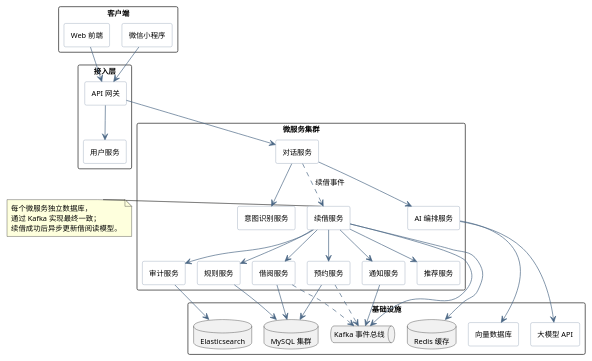
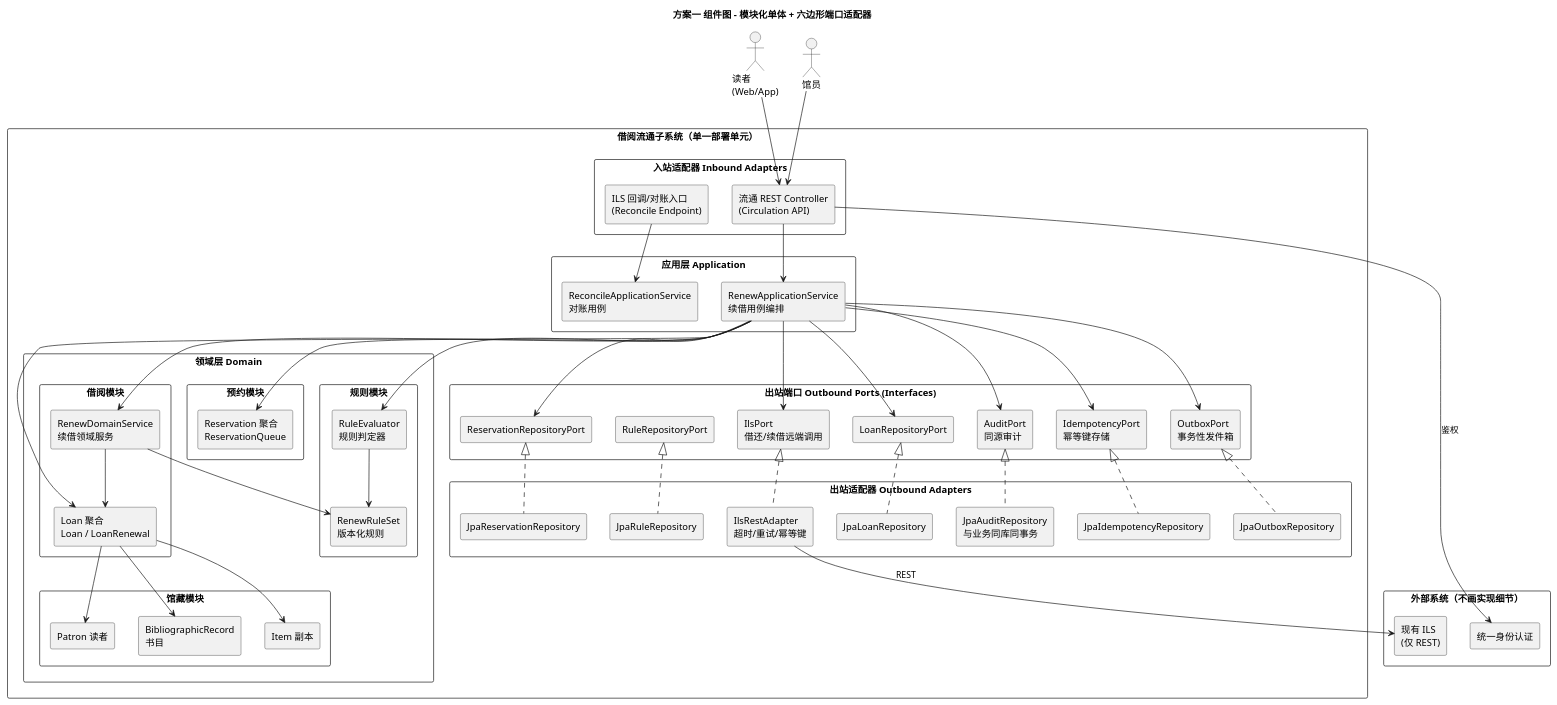
One commit to Longqc666/OOProject changed the diagram in 实验二/puml/12_AI_arch_A_raw.puml. Above: the diagram before and after it, drawn with PlantUML. The commit also changed 6 other files, not shown here.

Commit message:
实验二 活动3：替换为 DeepSeek 网页版真实输出（方案一/方案二/关键类图）

```diff
--- a/实验二/puml/12_AI_arch_A_raw.puml
+++ b/实验二/puml/12_AI_arch_A_raw.puml
@@ -1,76 +1,101 @@
 @startuml
-!pragma layout smetana
-skinparam defaultFontName "Microsoft YaHei"
-skinparam defaultFontSize 11
-skinparam shadowing false
+title 方案一 组件图 - 模块化单体 + 六边形端口适配器
+
 skinparam componentStyle rectangle
-skinparam component {
-  BackgroundColor #FFFFFF
-  BorderColor #7C8FA6
-  ArrowColor #4A6785
-}
 skinparam packageStyle rectangle
 
-package "客户端" {
-  [Web 前端] as Web
-  [微信小程序] as MP
+actor "读者\n(Web/App)" as Reader
+actor "馆员" as Librarian
+
+package "借阅流通子系统（单一部署单元）" {
+
+  package "入站适配器 Inbound Adapters" {
+    [流通 REST Controller\n(Circulation API)] as InCtrl
+    [ILS 回调/对账入口\n(Reconcile Endpoint)] as RecCtrl
+  }
+
+  package "应用层 Application" {
+    [RenewApplicationService\n续借用例编排] as AppSvc
+    [ReconcileApplicationService\n对账用例] as RecSvc
+  }
+
+  package "领域层 Domain" {
+    package "借阅模块" {
+      [Loan 聚合\nLoan / LoanRenewal] as LoanAgg
+      [RenewDomainService\n续借领域服务] as RenewDS
+    }
+    package "预约模块" {
+      [Reservation 聚合\nReservationQueue] as ResvAgg
+    }
+    package "规则模块" {
+      [RenewRuleSet\n版本化规则] as RuleSet
+      [RuleEvaluator\n规则判定器] as RuleEval
+    }
+    package "馆藏模块" {
+      [BibliographicRecord\n书目] as Bib
+      [Item 副本] as Item
+      [Patron 读者] as Patron
+    }
+  }
+
+  package "出站端口 Outbound Ports (Interfaces)" {
+    [IlsPort\n借还/续借远端调用] as IlsPort
+    [LoanRepositoryPort] as LoanRepoPort
+    [ReservationRepositoryPort] as ResvRepoPort
+    [RuleRepositoryPort] as RuleRepoPort
+    [AuditPort\n同源审计] as AuditPort
+    [IdempotencyPort\n幂等键存储] as IdemPort
+    [OutboxPort\n事务性发件箱] as OutboxPort
+  }
+
+  package "出站适配器 Outbound Adapters" {
+    [IlsRestAdapter\n超时/重试/幂等键] as IlsAdapter
+    [JpaLoanRepository] as LoanRepo
+    [JpaReservationRepository] as ResvRepo
+    [JpaRuleRepository] as RuleRepo
+    [JpaAuditRepository\n与业务同库同事务] as AuditRepo
+    [JpaIdempotencyRepository] as IdemRepo
+    [JpaOutboxRepository] as OutboxRepo
+  }
 }
 
-package "接入层" {
-  [API 网关] as GW
-  [用户服务] as User
+package "外部系统（不画实现细节）" {
+  [现有 ILS\n(仅 REST)] as ILS
+  [统一身份认证] as SSO
 }
 
-package "微服务集群" {
-  [对话服务] as Chat
-  [意图识别服务] as NLU
-  [AI 编排服务] as AI
-  [续借服务] as Renew
-  [借阅服务] as Loan
-  [预约服务] as Res
-  [规则服务] as Rule
-  [审计服务] as Audit
-  [通知服务] as Notify
-  [推荐服务] as Rec
-}
+Reader --> InCtrl
+Librarian --> InCtrl
+InCtrl --> AppSvc
+RecCtrl --> RecSvc
 
-package "基础设施" {
-  queue "Kafka 事件总线" as MQ
-  database "MySQL 集群" as DB
-  database "Redis 缓存" as Cache
-  database "Elasticsearch" as ES
-  [向量数据库] as Vector
-  [大模型 API] as LLM
-}
+AppSvc --> RenewDS
+AppSvc --> RuleEval
+AppSvc --> LoanAgg
+AppSvc --> ResvAgg
+AppSvc --> IlsPort
+AppSvc --> LoanRepoPort
+AppSvc --> ResvRepoPort
+AppSvc --> AuditPort
+AppSvc --> IdemPort
+AppSvc --> OutboxPort
 
-Web --> GW
-MP --> GW
-GW --> User
-GW --> Chat
-Chat --> NLU
-Chat --> AI
-AI --> LLM
-AI --> Vector
-Chat ..> Renew : 续借事件
-Renew --> Rule
-Renew --> Loan
-Renew --> Res
-Renew --> Audit
-Renew --> Notify
-Renew --> Rec
-Loan --> DB
-Res --> DB
-Rule --> DB
-Renew --> Cache
-Renew --> MQ
-Audit --> ES
-Notify --> MQ
-Loan ..> MQ
-Res ..> MQ
+RenewDS --> RuleSet
+RenewDS --> LoanAgg
+RuleEval --> RuleSet
 
-note right of Renew
-  每个微服务独立数据库，
-  通过 Kafka 实现最终一致；
-  续借成功后异步更新借阅读模型。
-end note
+LoanAgg --> Bib
+LoanAgg --> Item
+LoanAgg --> Patron
+
+IlsPort <|.. IlsAdapter
+LoanRepoPort <|.. LoanRepo
+ResvRepoPort <|.. ResvRepo
+RuleRepoPort <|.. RuleRepo
+AuditPort <|.. AuditRepo
+IdemPort <|.. IdemRepo
+OutboxPort <|.. OutboxRepo
+
+IlsAdapter --> ILS : REST
+InCtrl --> SSO : 鉴权
 @enduml
```
